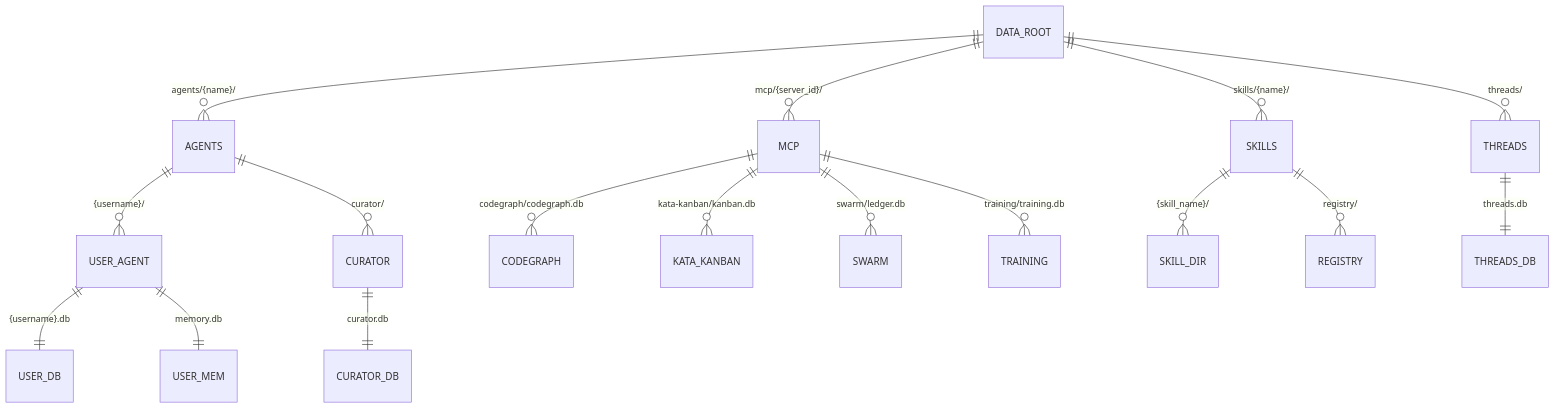
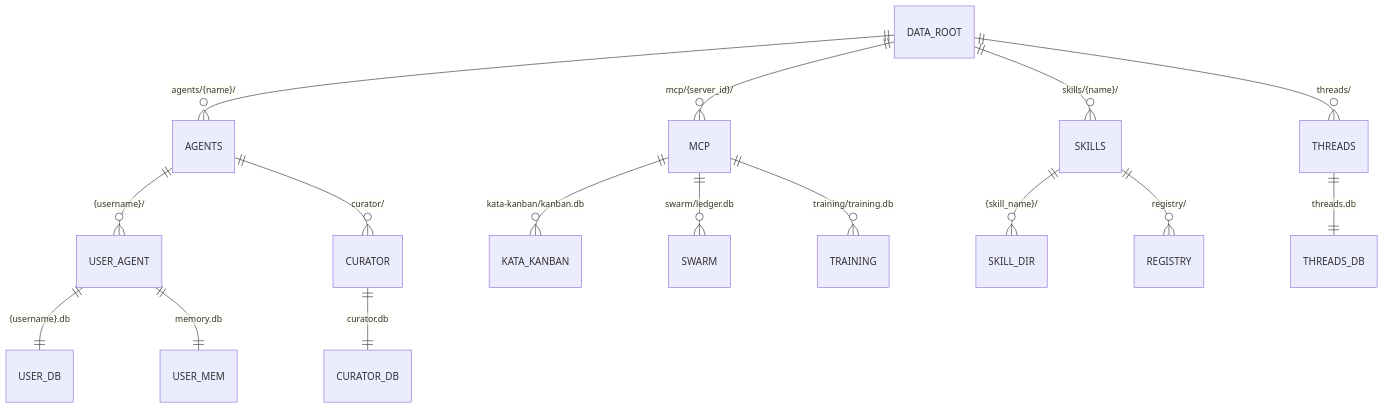
Before and after one commit to mdz-axo/zed-kask: the diagram in kask/docs/architecture/standardized-artifact-storage.md, drawn with Mermaid. The commit also changed 29 other files, not shown here.

````diff
--- a/kask/docs/architecture/standardized-artifact-storage.md
+++ b/kask/docs/architecture/standardized-artifact-storage.md
@@ -39,19 +39,18 @@
 ```mermaid
 erDiagram
     DATA_ROOT ||--o{ AGENTS : "agents/{name}/"
     DATA_ROOT ||--o{ MCP : "mcp/{server_id}/"
     DATA_ROOT ||--o{ SKILLS : "skills/{name}/"
     DATA_ROOT ||--o{ THREADS : "threads/"
     AGENTS ||--o{ USER_AGENT : "{username}/"
     AGENTS ||--o{ CURATOR : "curator/"
     USER_AGENT ||--|| USER_DB : "{username}.db"
     USER_AGENT ||--|| USER_MEM : "memory.db"
     CURATOR ||--|| CURATOR_DB : "curator.db"
-    MCP ||--o{ CODEGRAPH : "codegraph/codegraph.db"
     MCP ||--o{ KATA_KANBAN : "kata-kanban/kanban.db"
     MCP ||--o{ SWARM : "swarm/ledger.db"
     MCP ||--o{ TRAINING : "training/training.db"
     SKILLS ||--o{ SKILL_DIR : "{skill_name}/"
     SKILLS ||--o{ REGISTRY : "registry/"
     THREADS ||--|| THREADS_DB : "threads.db"
 ```
````
